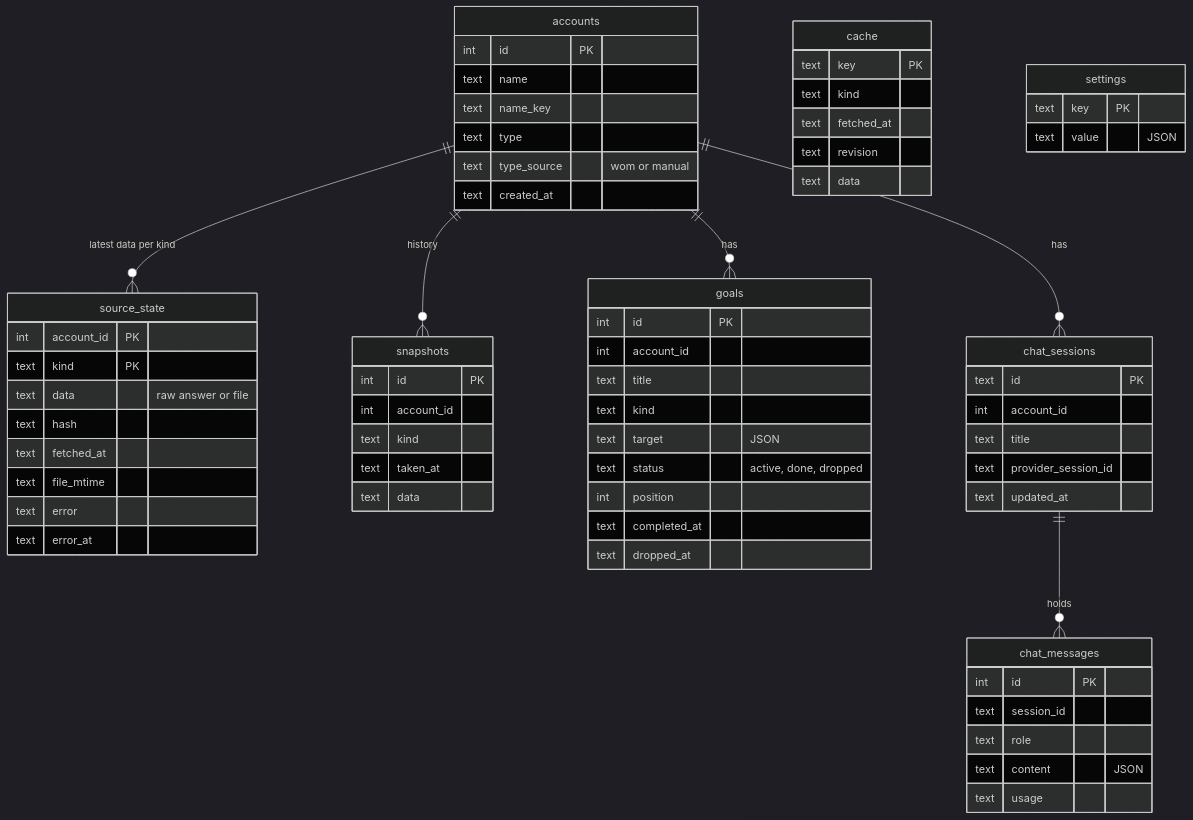
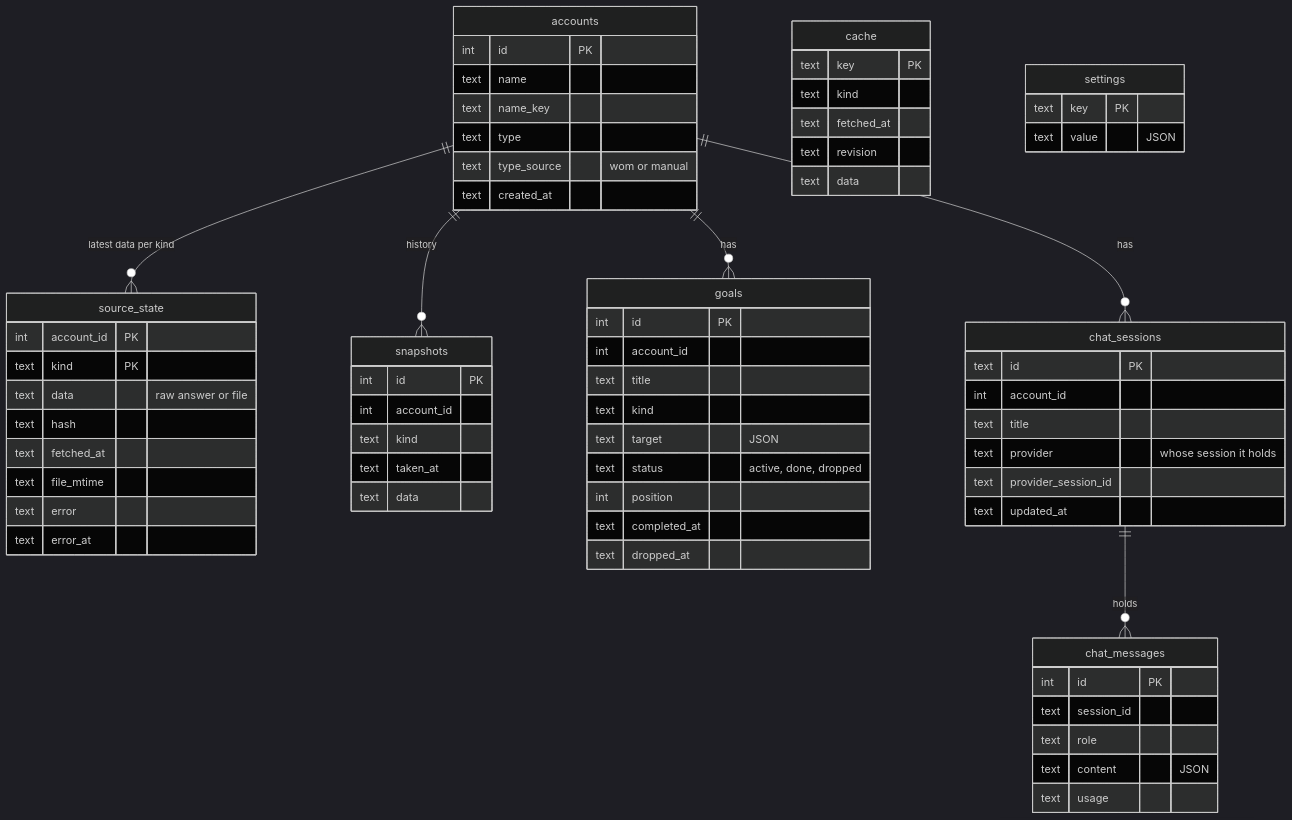
The fourth of 5 diagrams in server/ARCHITECTURE.md (Goff-Davis/wise-old-model), drawn with Mermaid (dark theme) before and after one commit. The commit also changed other lines of this file and 56 other files, not shown here.

````diff
--- a/server/ARCHITECTURE.md
+++ b/server/ARCHITECTURE.md
@@ -157,69 +157,70 @@
 ```mermaid
 erDiagram
   accounts ||--o{ source_state : "latest data per kind"
   accounts ||--o{ snapshots : "history"
   accounts ||--o{ goals : "has"
   accounts ||--o{ chat_sessions : "has"
   chat_sessions ||--o{ chat_messages : "holds"
   accounts {
     int id PK
     text name
     text name_key
     text type
     text type_source "wom or manual"
     text created_at
   }
   source_state {
     int account_id PK
     text kind PK
     text data "raw answer or file"
     text hash
     text fetched_at
     text file_mtime
     text error
     text error_at
   }
   snapshots {
     int id PK
     int account_id
     text kind
     text taken_at
     text data
   }
   goals {
     int id PK
     int account_id
     text title
     text kind
     text target "JSON"
     text status "active, done, dropped"
     int position
     text completed_at
     text dropped_at
   }
   chat_sessions {
     text id PK
     int account_id
     text title
+    text provider "whose session it holds"
     text provider_session_id
     text updated_at
   }
   chat_messages {
     int id PK
     text session_id
     text role
     text content "JSON"
     text usage
   }
   cache {
     text key PK
     text kind
     text fetched_at
     text revision
     text data
   }
   settings {
     text key PK
     text value "JSON"
   }
 ```
````
